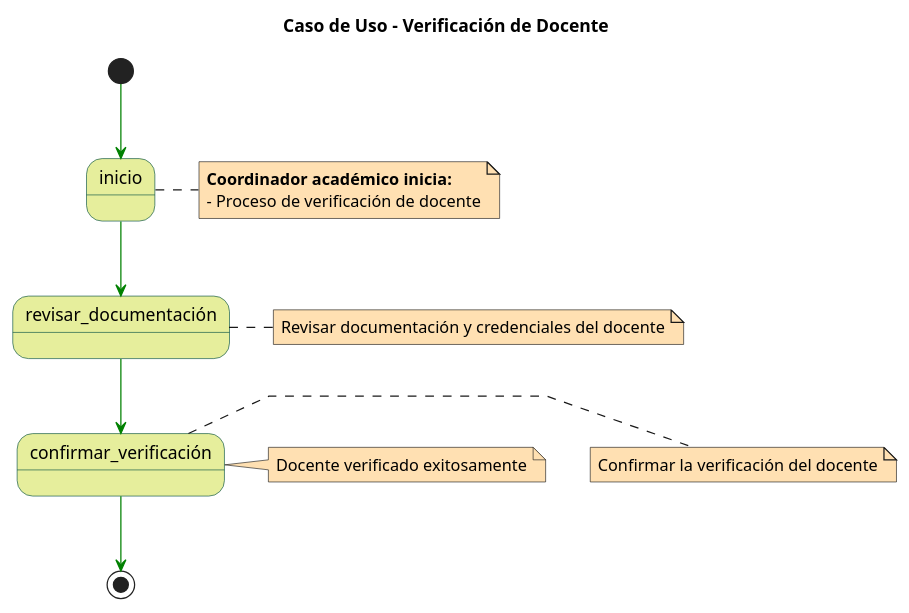
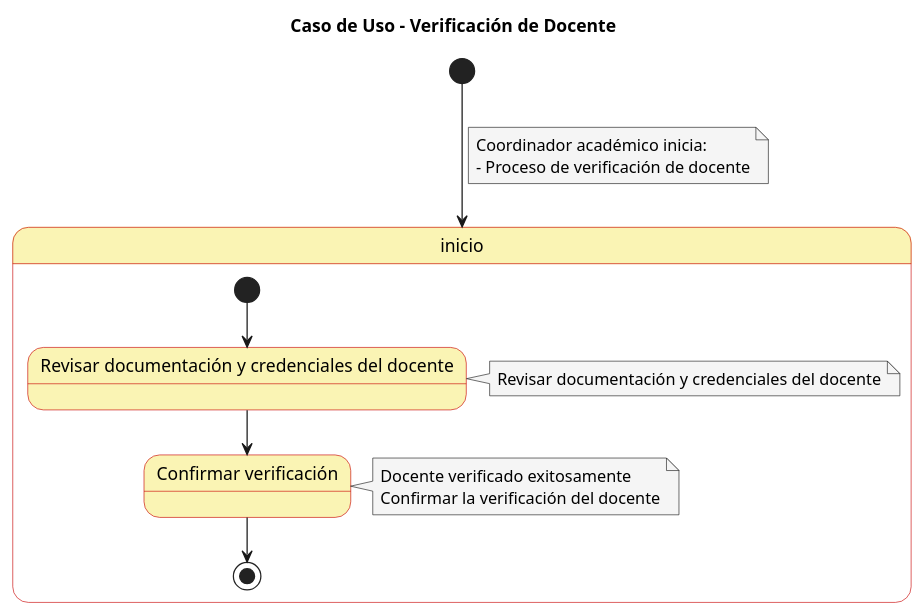
The diagram in Casos de Uso/Detalle de Verificar Docente.puml (FernandoWilliam26/23-24-IdSw1-SDR), drawn with PlantUML before and after one commit. The commit also changed 9 other files, not shown here.

```diff
--- a/Casos de Uso/Detalle de Verificar Docente.puml
+++ b/Casos de Uso/Detalle de Verificar Docente.puml
@@ -1,37 +1,39 @@
 @startuml
 
 skinparam state {
-  BackgroundColor #e6ee9c
-  BorderColor #004d40
+  BackgroundColor #faf4b4
+  BorderColor #c90000
+  TextColor #757575
 }
 
 skinparam note {
-  BackgroundColor #ffe0b2
+  BackgroundColor #f5f5f5
+  TextColor #757575
 }
-
-skinparam linetype polyline
 
 title Caso de Uso - Verificación de Docente
 
-[*] -[#green]-> inicio
-note right of inicio
-  **Coordinador académico inicia:**
+[*] --> inicio
+note on link
+  Coordinador académico inicia:
   - Proceso de verificación de docente
 end note
 
-inicio -[#green]-> revisar_documentación
-note right of revisar_documentación
-  Revisar documentación y credenciales del docente
-end note
+state inicio {
+  [*] --> revisar_documentacion
+  state "Revisar documentación y credenciales del docente" as revisar_documentacion
 
-revisar_documentación -[#green]-> confirmar_verificación
-note right of confirmar_verificación
-  Confirmar la verificación del docente
-end note
+  revisar_documentacion --> confirmar_verificacion
+  note right of revisar_documentacion
+    Revisar documentación y credenciales del docente
+  end note
 
-confirmar_verificación -[#green]-> [*]
-note right of confirmar_verificación
-  Docente verificado exitosamente
-end note
+  state "Confirmar verificación" as confirmar_verificacion
+  confirmar_verificacion --> [*]
+  note right of confirmar_verificacion
+    Docente verificado exitosamente
+    Confirmar la verificación del docente
+  end note
+}
 
 @enduml
```
